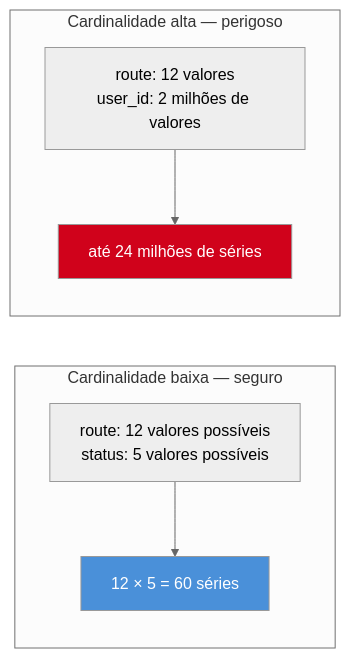
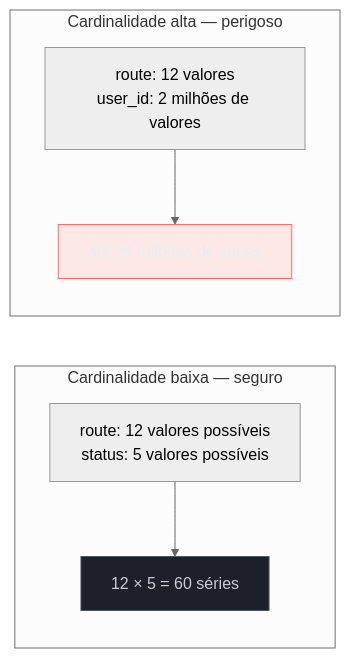
Before and after one commit to josenaldo/codex-technomanticus: the third of 3 diagrams in 03-Dominios/Tecnologia/Go/16 - Observabilidade/05 - Métricas com Prometheus.md, drawn with Mermaid (neutral theme). The commit also changed other lines of this file and 1181 other files, not shown here.

First line of the commit message:
fix(diagramas): paleta do sistema no lugar de cor cravada no markdown

````diff
--- a/03-Dominios/Tecnologia/Go/16 - Observabilidade/05 - Métricas com Prometheus.md
+++ b/03-Dominios/Tecnologia/Go/16 - Observabilidade/05 - Métricas com Prometheus.md
@@ -310,14 +312,16 @@
 ```mermaid
 flowchart LR
+    classDef neutro fill:#1B2029,stroke:#4E5666,color:#C6CCD8
+    classDef falha fill:#FF6B6B24,stroke:#FF6B6B,color:#E9ECF2
     subgraph Baixa["Cardinalidade baixa — seguro"]
         direction TB
         M1["route: 12 valores possíveis\nstatus: 5 valores possíveis"] --> S1["12 × 5 = 60 séries"]
     end
     subgraph Alta["Cardinalidade alta — perigoso"]
         direction TB
         M2["route: 12 valores\nuser_id: 2 milhões de valores"] --> S2["até 24 milhões de séries"]
     end
 
-    style S1 fill:#4A90D9,color:#fff
-    style S2 fill:#D0021B,color:#fff
+    class S1 neutro
+    class S2 falha
 ```
````
